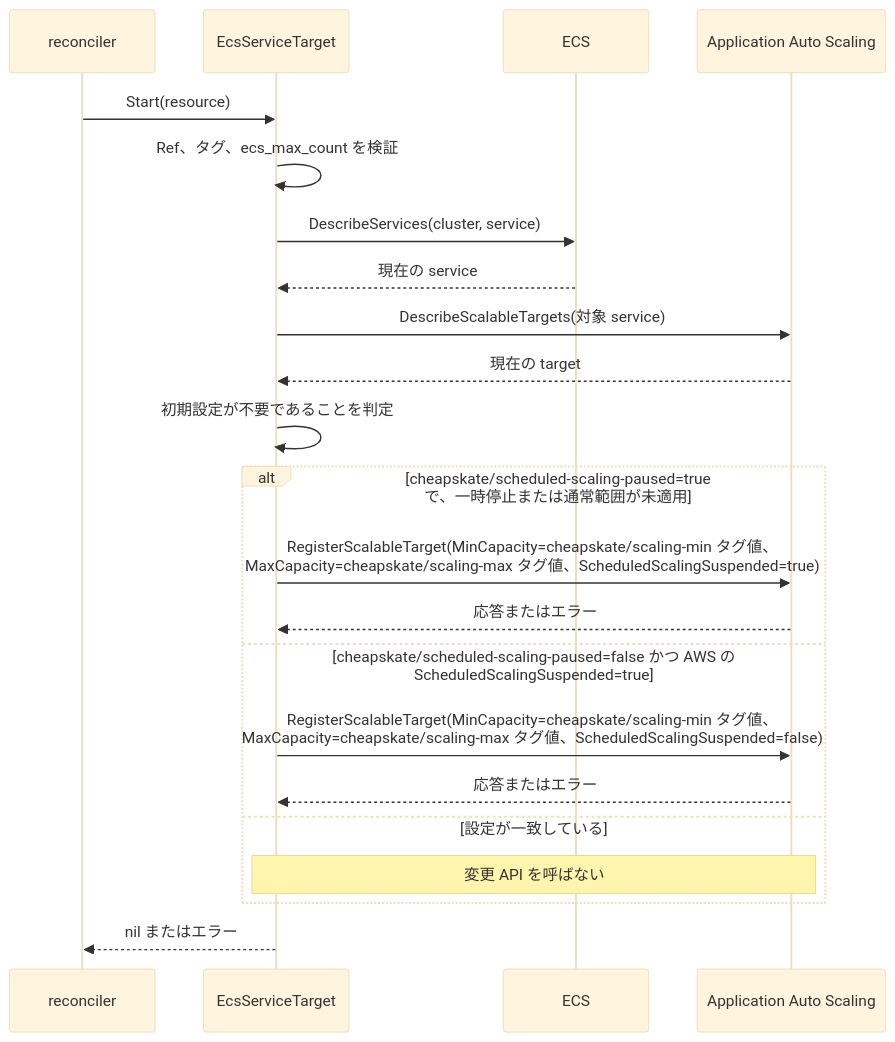
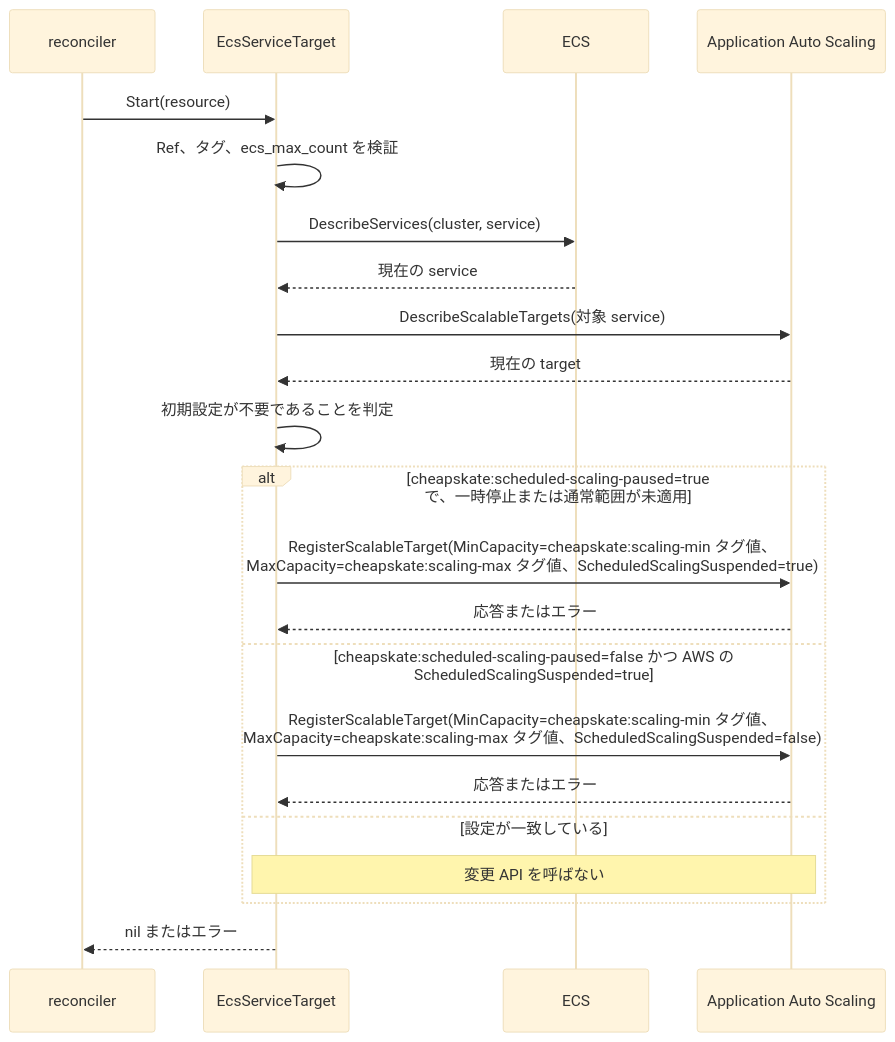
The eighth of 9 diagrams in docs/ja/development/resource_sequence.md (moepig/cheapskate), drawn with Mermaid (base theme) before and after one commit. The commit also changed other lines of this file and 17 other files, not shown here.

````diff
--- a/docs/ja/development/resource_sequence.md
+++ b/docs/ja/development/resource_sequence.md
@@ -303,24 +303,24 @@
 ```mermaid
 sequenceDiagram
     participant Reconciler as reconciler
     participant Adapter as EcsServiceTarget
     participant EcsAPI as ECS
     participant AutoScaling as Application Auto Scaling
     Reconciler->>Adapter: Start(resource)
     Adapter->>Adapter: Ref、タグ、ecs_max_count を検証
     Adapter->>EcsAPI: DescribeServices(cluster, service)
     EcsAPI-->>Adapter: 現在の service
     Adapter->>AutoScaling: DescribeScalableTargets(対象 service)
     AutoScaling-->>Adapter: 現在の target
     Adapter->>Adapter: 初期設定が不要であることを判定
-    alt cheapskate/scheduled-scaling-paused=true で、一時停止または通常範囲が未適用
-        Adapter->>AutoScaling: RegisterScalableTarget(MinCapacity=cheapskate/scaling-min タグ値、<br/>MaxCapacity=cheapskate/scaling-max タグ値、ScheduledScalingSuspended=true)
+    alt cheapskate:scheduled-scaling-paused=true で、一時停止または通常範囲が未適用
+        Adapter->>AutoScaling: RegisterScalableTarget(MinCapacity=cheapskate:scaling-min タグ値、<br/>MaxCapacity=cheapskate:scaling-max タグ値、ScheduledScalingSuspended=true)
         AutoScaling-->>Adapter: 応答またはエラー
-    else cheapskate/scheduled-scaling-paused=false かつ AWS の ScheduledScalingSuspended=true
-        Adapter->>AutoScaling: RegisterScalableTarget(MinCapacity=cheapskate/scaling-min タグ値、<br/>MaxCapacity=cheapskate/scaling-max タグ値、ScheduledScalingSuspended=false)
+    else cheapskate:scheduled-scaling-paused=false かつ AWS の ScheduledScalingSuspended=true
+        Adapter->>AutoScaling: RegisterScalableTarget(MinCapacity=cheapskate:scaling-min タグ値、<br/>MaxCapacity=cheapskate:scaling-max タグ値、ScheduledScalingSuspended=false)
         AutoScaling-->>Adapter: 応答またはエラー
     else 設定が一致している
         Note over Adapter,AutoScaling: 変更 API を呼ばない
     end
     Adapter-->>Reconciler: nil またはエラー
 ```
````
